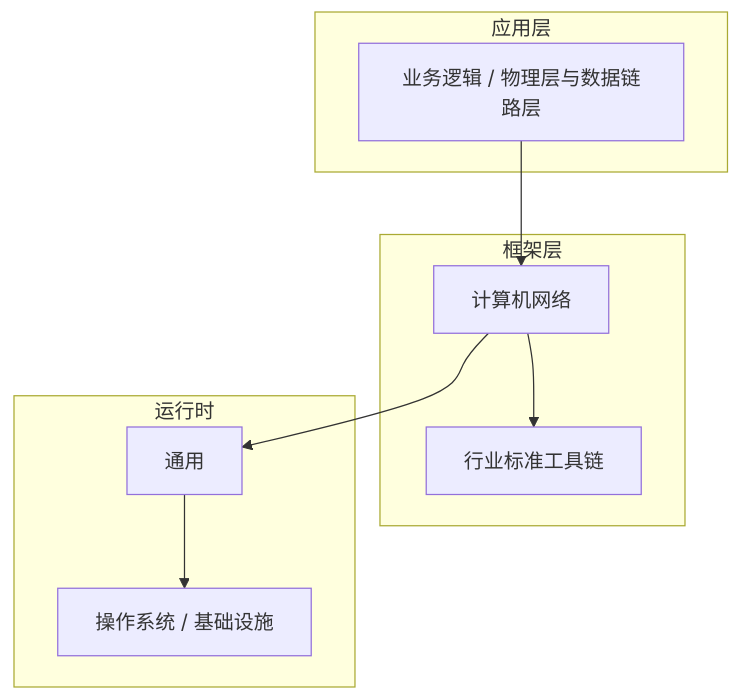
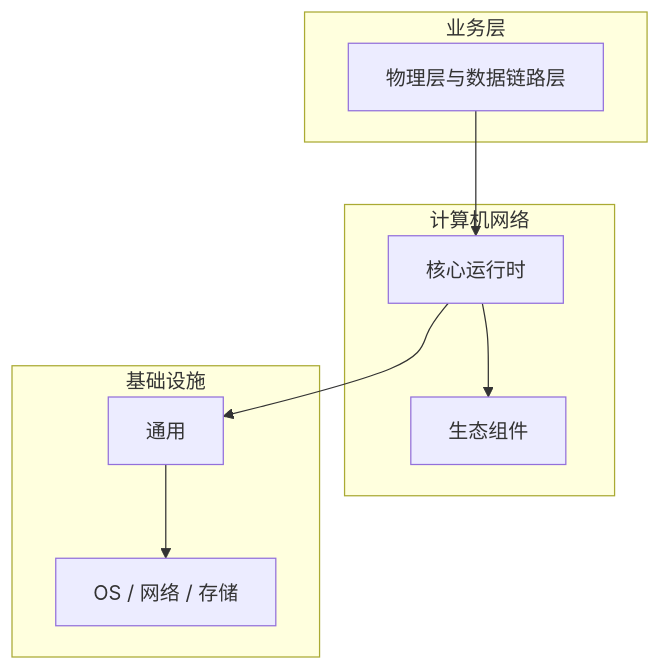
Before and after one commit to yanggan2015/knowledge-json-v2: the diagram in articles/计算机网络/chapters/013-物理层与数据链路层核心概念与原理.md, drawn with Mermaid. The commit also changed other lines of this file and 10127 other files, not shown here.

````diff
--- a/articles/计算机网络/chapters/013-物理层与数据链路层核心概念与原理.md
+++ b/articles/计算机网络/chapters/013-物理层与数据链路层核心概念与原理.md
@@ -45,18 +34,18 @@
 ```mermaid
 graph TB
-    subgraph 应用层
-        A[业务逻辑 / 物理层与数据链路层]
+    subgraph 业务层
+        A[物理层与数据链路层]
     end
-    subgraph 框架层
-        B[计算机网络]
-        C[行业标准工具链]
+    subgraph 计算机网络
+        B[核心运行时]
+        C[生态组件]
     end
-    subgraph 运行时
+    subgraph 基础设施
         D[通用]
-        E[操作系统 / 基础设施]
+        E[OS / 网络 / 存储]
     end
     A --> B
     B --> C
     B --> D
     D --> E
 ```
````
